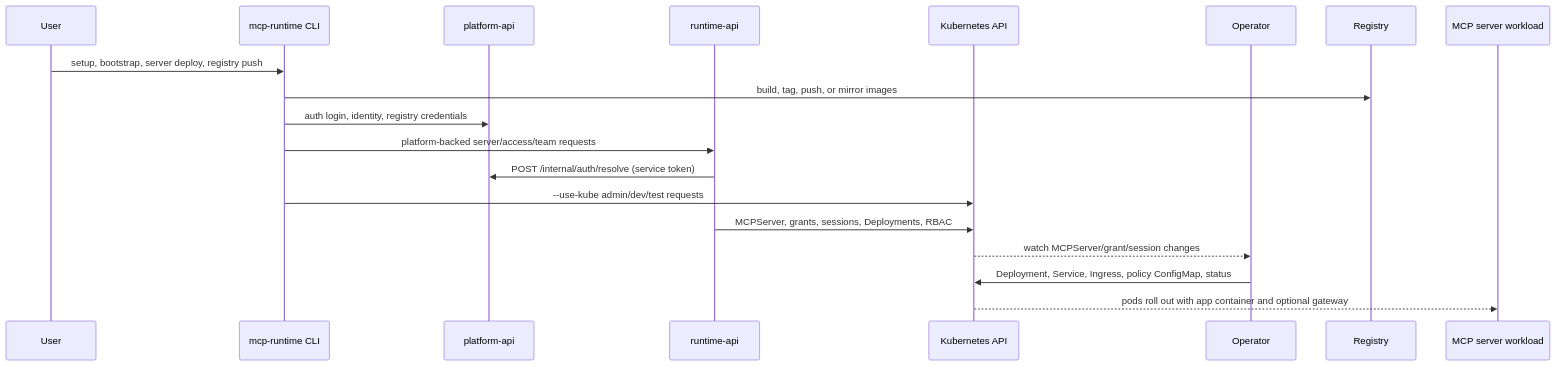
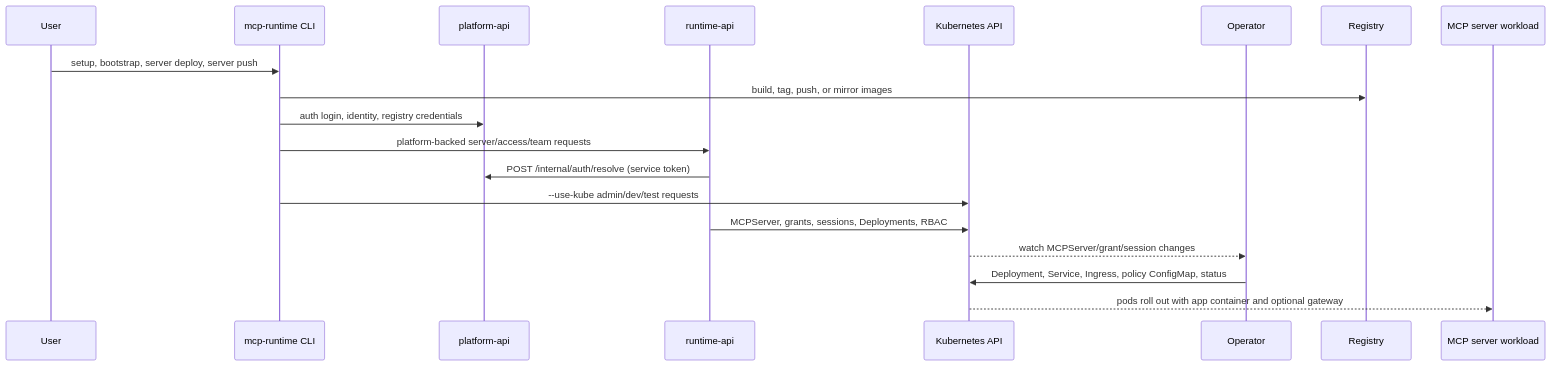
One commit to Agent-Hellboy/mcp-runtime changed the second of 9 diagrams in docs/internals/request-flows.md. Above: the diagram before and after it, drawn with Mermaid. The commit also changed other lines of this file and 51 other files, not shown here.

Commit message:
fix(cli): remove redundant registry push alias

````diff
--- a/docs/internals/request-flows.md
+++ b/docs/internals/request-flows.md
@@ -36,22 +36,22 @@
 ```mermaid
 sequenceDiagram
     participant User
     participant CLI as mcp-runtime CLI
     participant Platform as platform-api
     participant API as runtime-api
     participant K8s as Kubernetes API
     participant Operator
     participant Registry
     participant Runtime as MCP server workload
 
-    User->>CLI: setup, bootstrap, server deploy, registry push
+    User->>CLI: setup, bootstrap, server deploy, server push
     CLI->>Registry: build, tag, push, or mirror images
     CLI->>Platform: auth login, identity, registry credentials
     CLI->>API: platform-backed server/access/team requests
     API->>Platform: POST /internal/auth/resolve (service token)
     CLI->>K8s: --use-kube admin/dev/test requests
     API->>K8s: MCPServer, grants, sessions, Deployments, RBAC
     K8s-->>Operator: watch MCPServer/grant/session changes
     Operator->>K8s: Deployment, Service, Ingress, policy ConfigMap, status
     K8s-->>Runtime: pods roll out with app container and optional gateway
 ```
````
